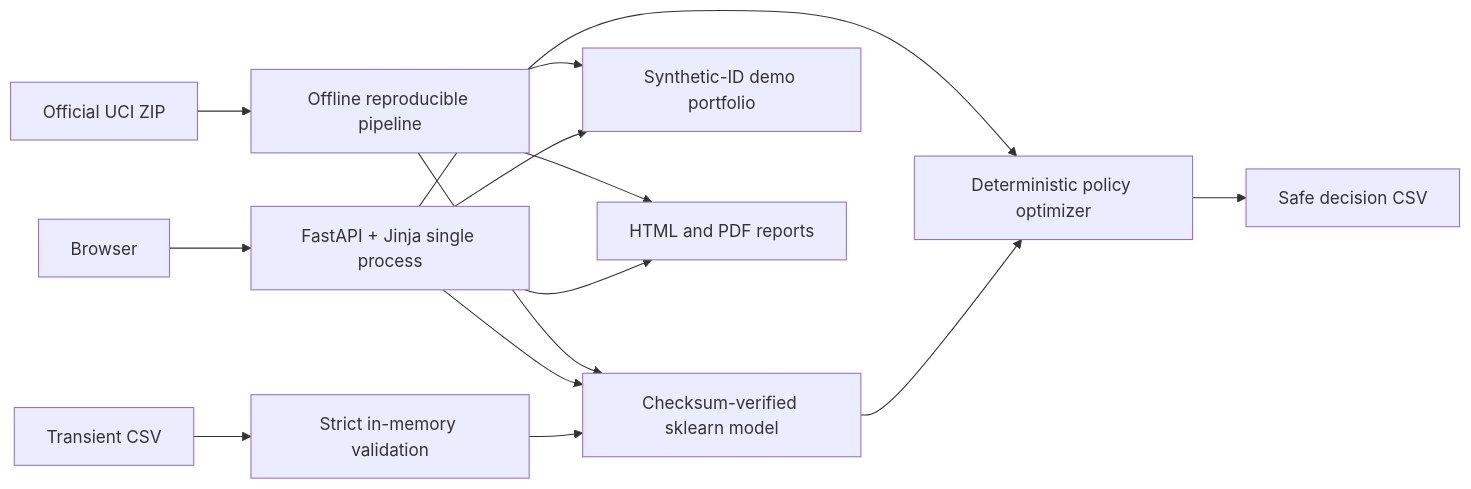
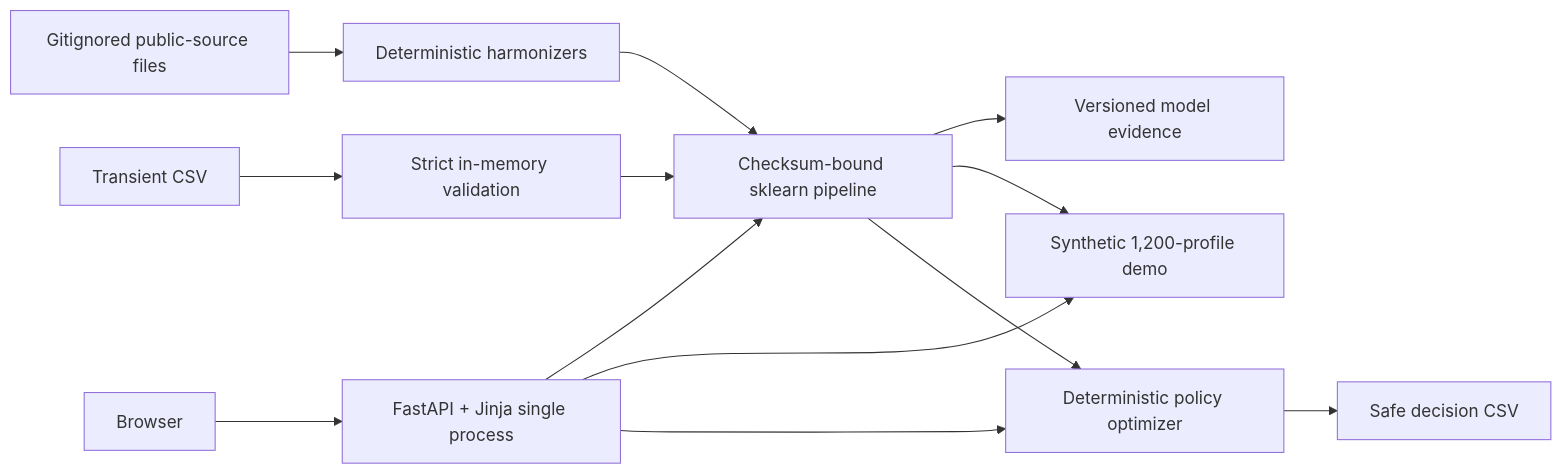
One commit to Ghostboy789/limitiq-credit-line-optimization changed the diagram in README.md. Above: the diagram before and after it, drawn with Mermaid. The commit also changed other lines of this file and 62 other files, not shown here.

````diff
--- a/README.md
+++ b/README.md
@@ -89,16 +148,15 @@
 ```mermaid
 flowchart LR
-  U[Official UCI ZIP] --> P[Offline reproducible pipeline]
-  P --> M[Checksum-verified sklearn model]
-  P --> D[Synthetic-ID demo portfolio]
-  P --> R[HTML and PDF reports]
+  S[Gitignored public-source files] --> H[Deterministic harmonizers]
+  H --> M[Checksum-bound sklearn pipeline]
+  M --> E[Versioned model evidence]
+  M --> D[Synthetic 1,200-profile demo]
   B[Browser] --> W[FastAPI + Jinja single process]
   W --> M
   W --> D
-  W --> R
   W --> O[Deterministic policy optimizer]
   C[Transient CSV] --> V[Strict in-memory validation]
   V --> M
   M --> O
   O --> X[Safe decision CSV]
 ```
````
